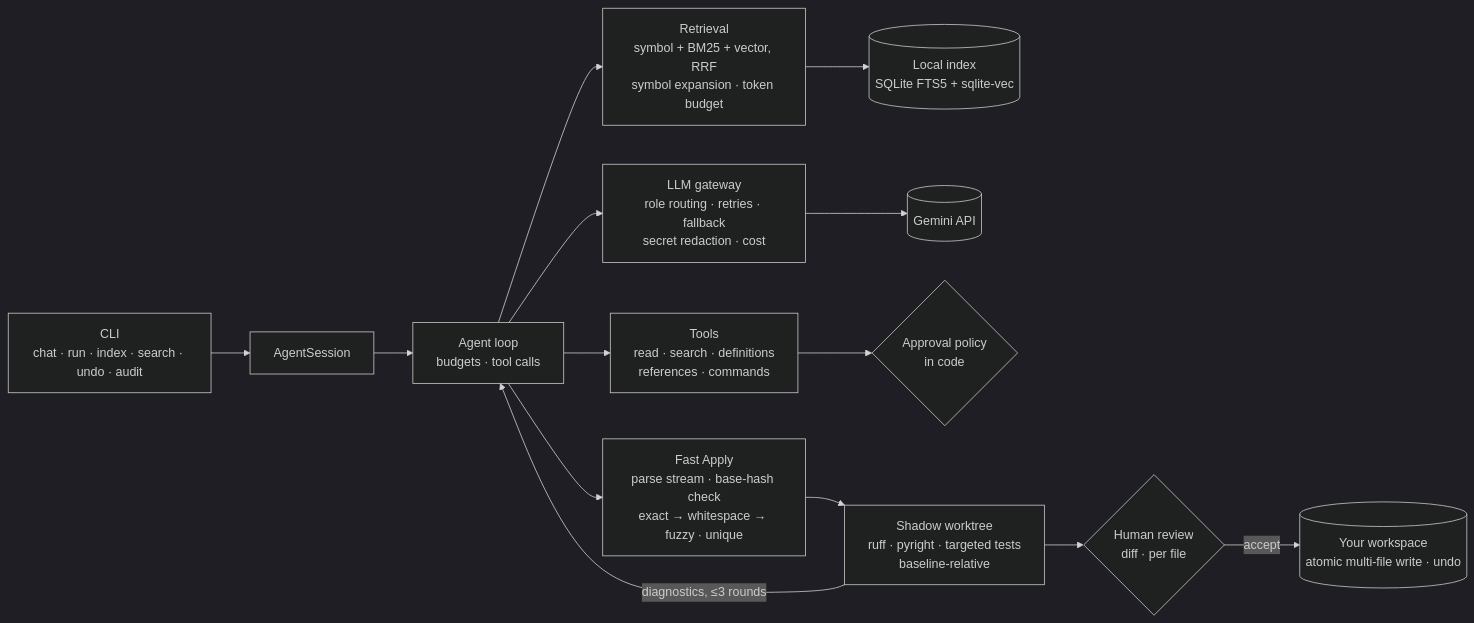
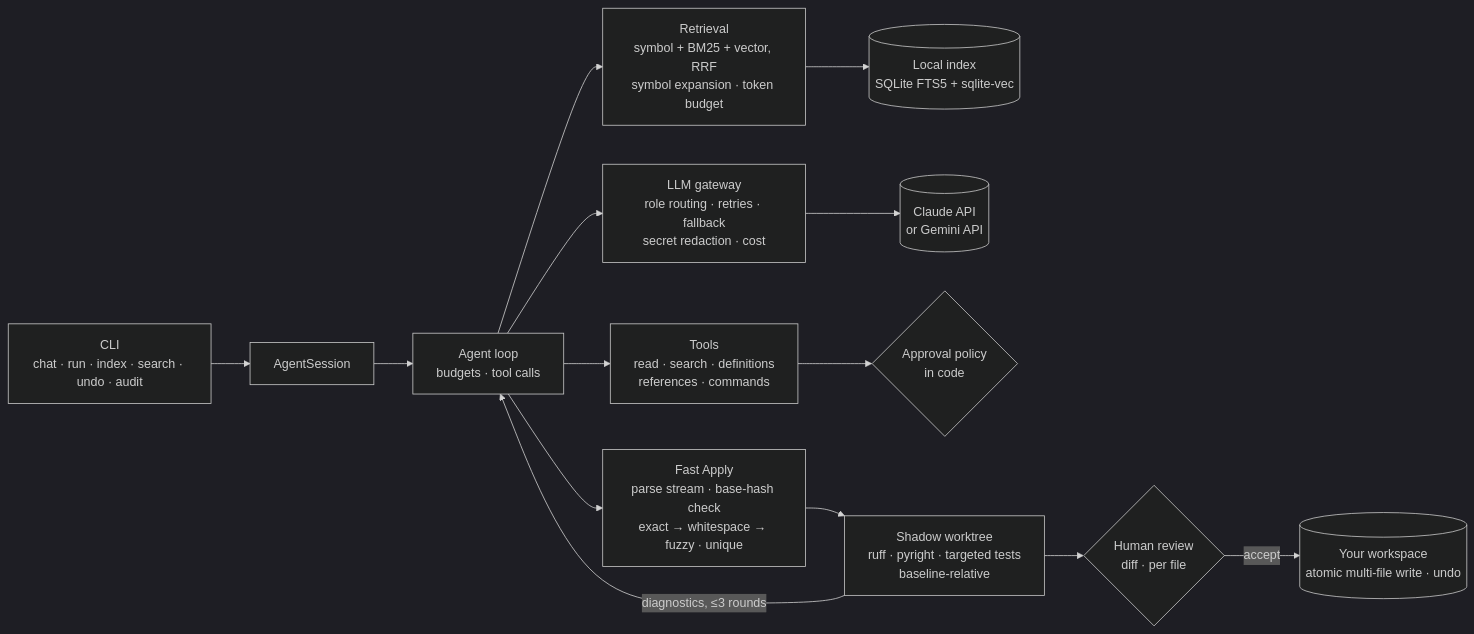
Before and after one commit to subidhkhanal/code-agent: the first of 2 diagrams in README.md, drawn with Mermaid (dark theme). The commit also changed other lines of this file and 3 other files, not shown here.

````diff
--- a/README.md
+++ b/README.md
@@ -40,16 +41,16 @@
 ```mermaid
 flowchart LR
     CLI["CLI<br/>chat · run · index · search · undo · audit"] --> S[AgentSession]
     S --> L[Agent loop<br/>budgets · tool calls]
     L --> R[Retrieval<br/>symbol + BM25 + vector, RRF<br/>symbol expansion · token budget]
     R --> IX[(Local index<br/>SQLite FTS5 + sqlite-vec)]
     L --> G[LLM gateway<br/>role routing · retries · fallback<br/>secret redaction · cost]
-    G --> P[(Gemini API)]
+    G --> P[(Claude API<br/>or Gemini API)]
     L --> T[Tools<br/>read · search · definitions<br/>references · commands]
     T --> AP{Approval policy<br/>in code}
     L --> FA[Fast Apply<br/>parse stream · base-hash check<br/>exact → whitespace → fuzzy · unique]
     FA --> SH[Shadow worktree<br/>ruff · pyright · targeted tests<br/>baseline-relative]
     SH -- diagnostics, ≤3 rounds --> L
     SH --> RV{Human review<br/>diff · per file}
     RV -- accept --> WS[(Your workspace<br/>atomic multi-file write · undo)]
 ```
````
